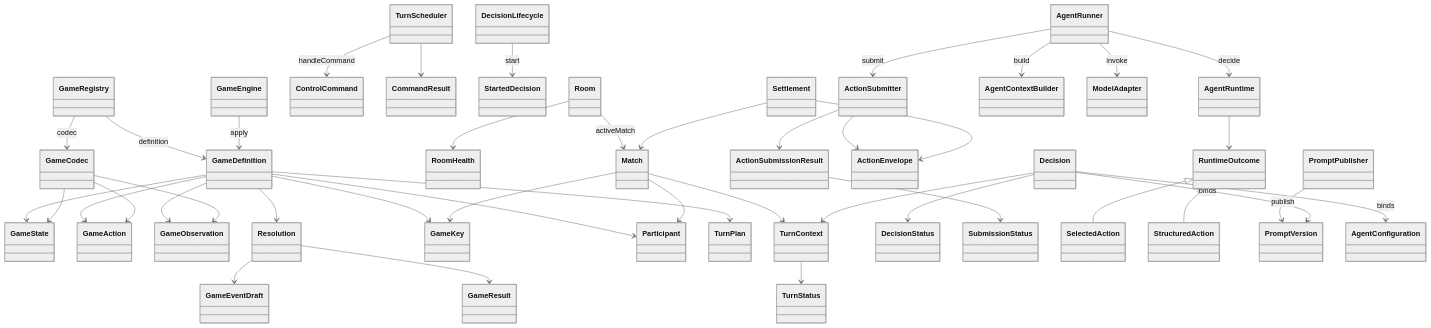
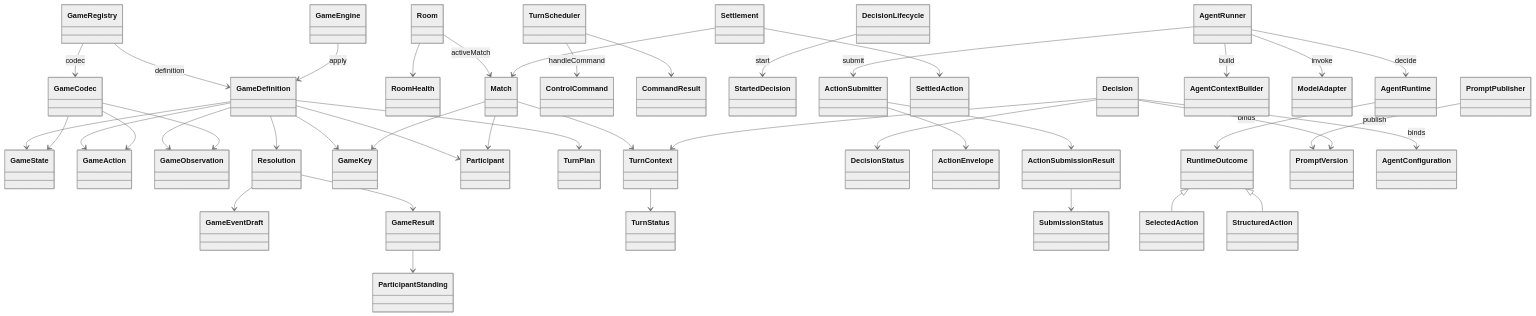
One commit to boji-today/frayground changed the first of 6 diagrams in backend/DESIGN.md. Above: the diagram before and after it, drawn with Mermaid (neutral theme). The commit also changed other lines of this file and 10 other files, not shown here.

```diff
--- a/backend/DESIGN.md
+++ b/backend/DESIGN.md
@@ -17,6 +17,7 @@
   class Participant
   class TurnPlan
   class GameResult
+  class ParticipantStanding
   class GameRegistry
   class GameCodec
 
@@ -29,6 +30,7 @@
   GameDefinition --> Resolution
   Resolution --> GameEventDraft
   Resolution --> GameResult
+  GameResult --> ParticipantStanding
   GameRegistry --> GameDefinition : definition
   GameRegistry --> GameCodec : codec
   GameCodec --> GameState
@@ -60,6 +62,7 @@
 
   class Decision
   class Settlement
+  class SettledAction
   class DecisionStatus
   class ActionEnvelope
   class ActionSubmissionResult
@@ -85,7 +88,7 @@
   ActionSubmitter --> ActionEnvelope
   ActionSubmitter --> ActionSubmissionResult
   ActionSubmissionResult --> SubmissionStatus
-  Settlement --> ActionEnvelope
+  Settlement --> SettledAction
   Settlement --> Match
 
   class PromptVersion
```
